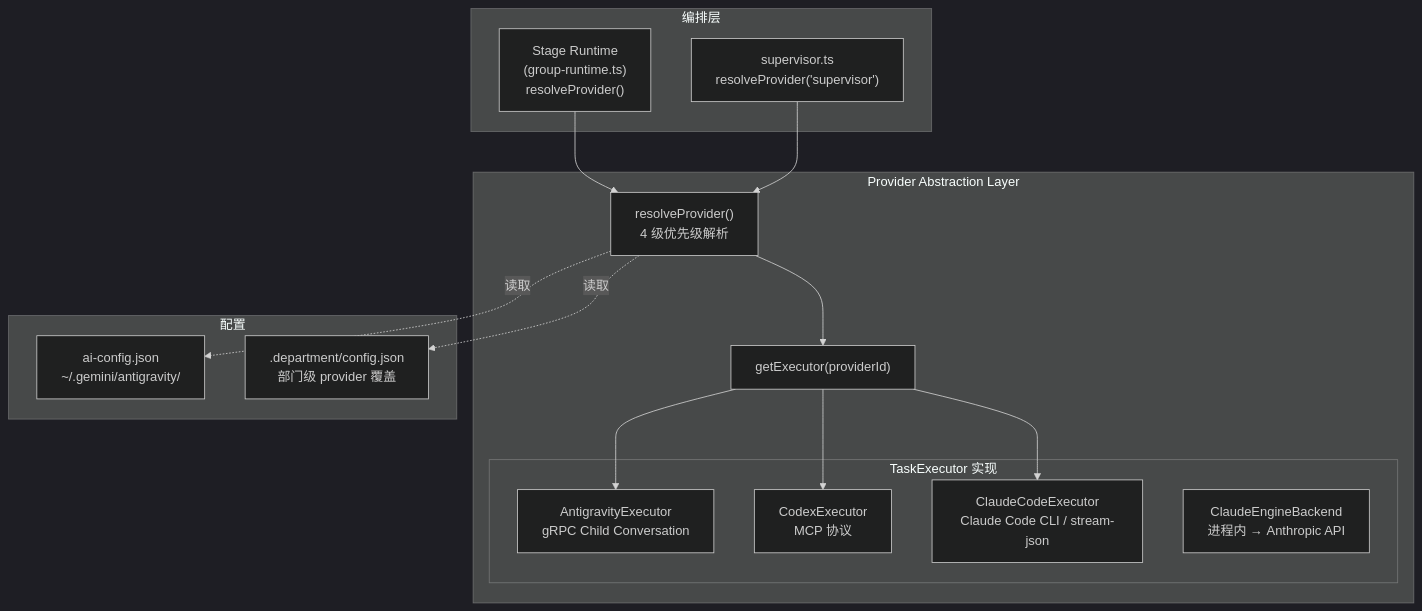
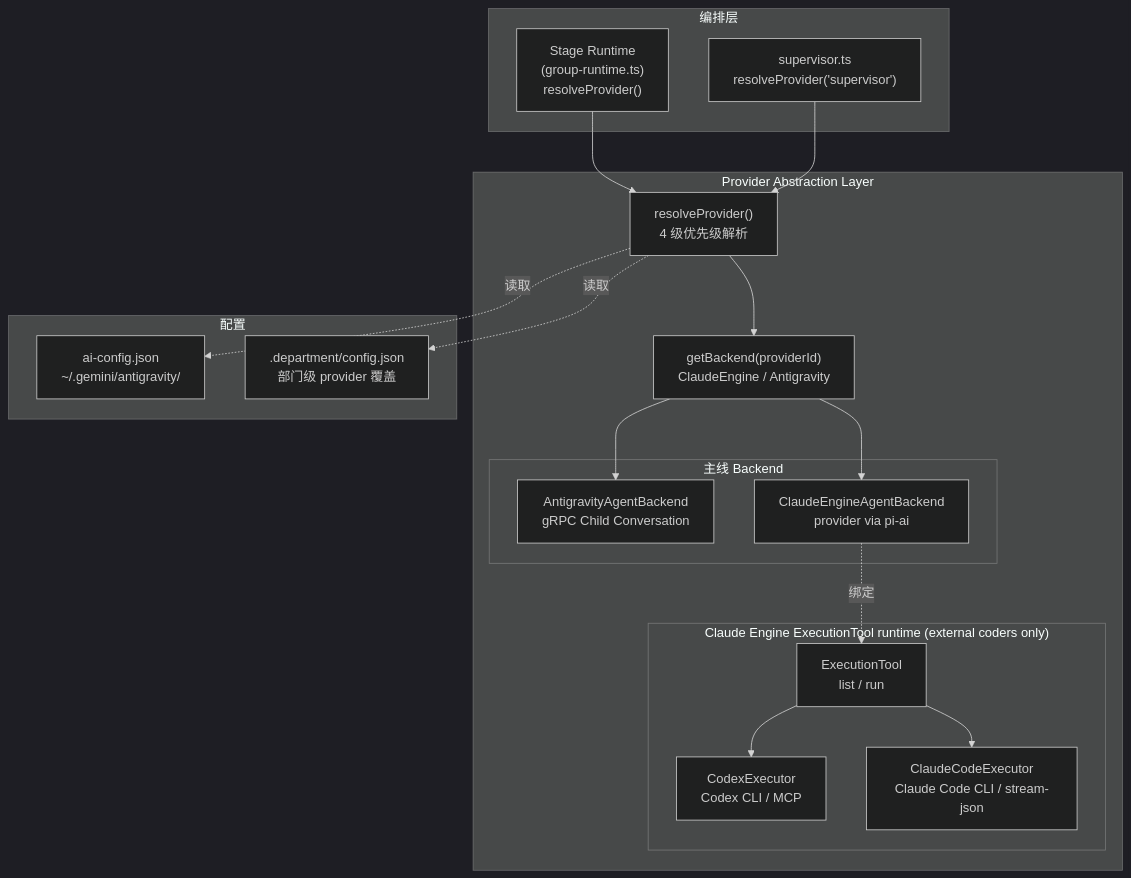
Diagram 15 of 23 in ARCHITECTURE.md (pikapikaspeedup/OPC_CEO), drawn with Mermaid (dark theme) before and after one commit. The commit also changed other lines of this file and 74 other files, not shown here.

````diff
--- a/ARCHITECTURE.md
+++ b/ARCHITECTURE.md
@@ -909,33 +963,39 @@
 ```mermaid
 flowchart TB
     subgraph Orchestration["编排层"]
         GR["Stage Runtime<br/>(group-runtime.ts)<br/>resolveProvider()"]
         SUP["supervisor.ts<br/>resolveProvider('supervisor')"]
     end
 
     subgraph PAL["Provider Abstraction Layer"]
         RE["resolveProvider()<br/>4 级优先级解析"]
-        GE["getExecutor(providerId)"]
-        
-        subgraph Executors["TaskExecutor 实现"]
-            AE["AntigravityExecutor<br/>gRPC Child Conversation"]
-            CE["CodexExecutor<br/>MCP 协议"]
+        BE["getBackend(providerId)<br/>ClaudeEngine / Antigravity"]
+
+        subgraph Backends["主线 Backend"]
+            AGB["AntigravityAgentBackend<br/>gRPC Child Conversation"]
+            CEB["ClaudeEngineAgentBackend<br/>provider via pi-ai"]
+        end
+
+        subgraph ExecutionTools["Claude Engine ExecutionTool runtime (external coders only)"]
+            ET["ExecutionTool<br/>list / run"]
+            CE["CodexExecutor<br/>Codex CLI / MCP"]
             CCE["ClaudeCodeExecutor<br/>Claude Code CLI / stream-json"]
-            CAE["ClaudeEngineBackend<br/>进程内 → Anthropic API"]
         end
     end
 
     subgraph Config["配置"]
         AIC["ai-config.json<br/>~/.gemini/antigravity/"]
         DC[".department/config.json<br/>部门级 provider 覆盖"]
     end
 
     GR --> RE
     SUP --> RE
-    RE --> GE
-    GE --> AE
-    GE --> CE
-    GE --> CCE
+    RE --> BE
+    BE --> AGB
+    BE --> CEB
+    CEB -.绑定.-> ET
+    ET --> CE
+    ET --> CCE
     RE -.->|"读取"| AIC
     RE -.->|"读取"| DC
 ```
````
